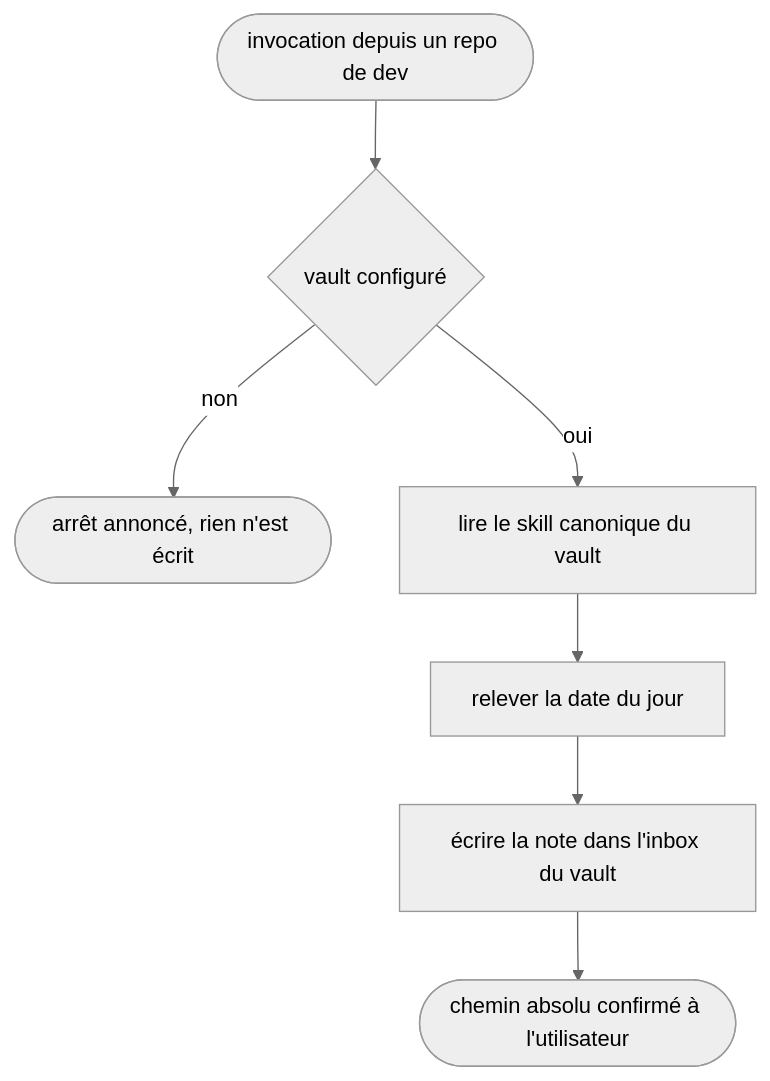
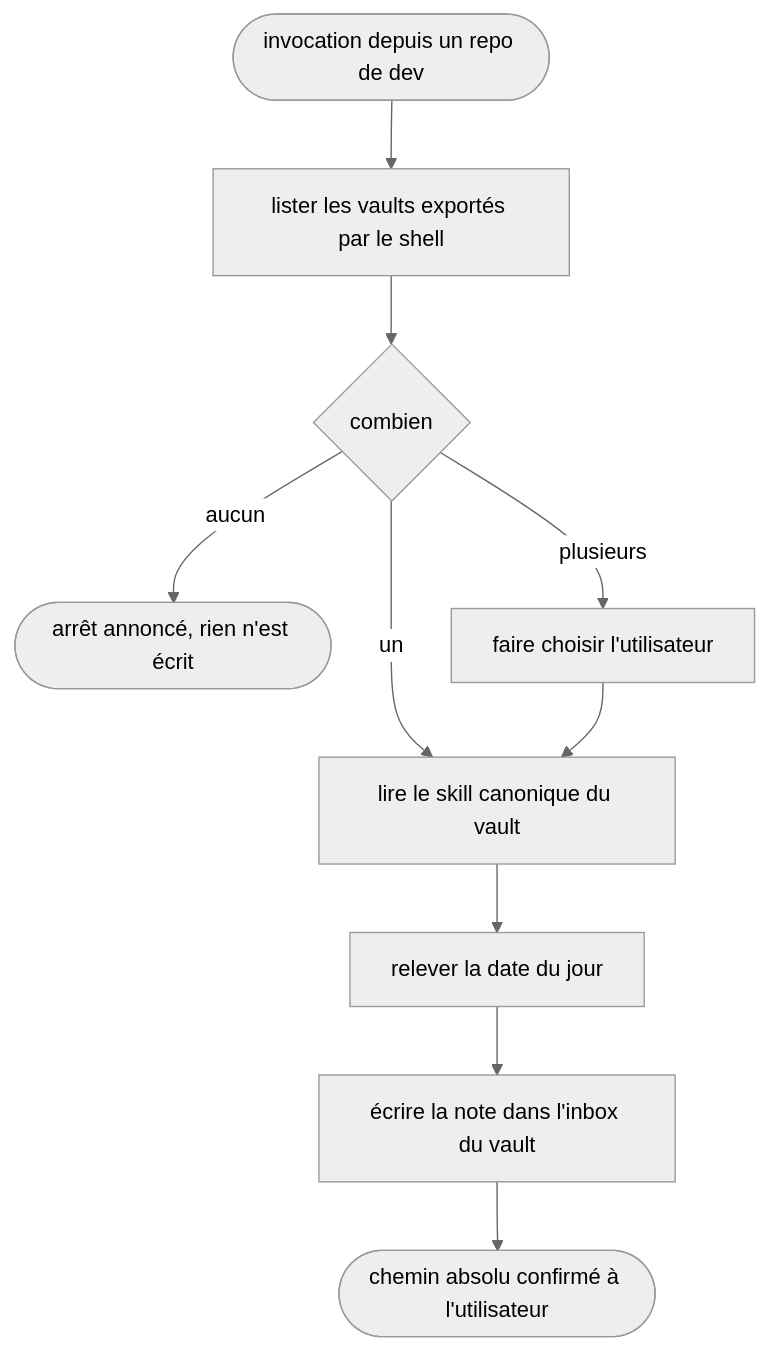
Before and after one commit to kevpdev/agent-config: the diagram in skills/vault-capture/SKILL.md, drawn with Mermaid (neutral theme). The commit also changed other lines of this file and 9 other files, not shown here.

````diff
--- a/skills/vault-capture/SKILL.md
+++ b/skills/vault-capture/SKILL.md
@@ -17,9 +17,12 @@
 ```mermaid
 flowchart TD
-  entree([invocation depuis un repo de dev]) --> garde{vault configuré}
-  garde -->|non| arret([arrêt annoncé, rien n'est écrit])
-  garde -->|oui| canonique[lire le skill canonique du vault]
+  entree([invocation depuis un repo de dev]) --> liste[lister les vaults exportés par le shell]
+  liste --> n{combien}
+  n -->|aucun| arret([arrêt annoncé, rien n'est écrit])
+  n -->|un| canonique[lire le skill canonique du vault]
+  n -->|plusieurs| choix[faire choisir l'utilisateur]
+  choix --> canonique
   canonique --> date[relever la date du jour]
   date --> ecriture[écrire la note dans l'inbox du vault]
   ecriture --> confirme([chemin absolu confirmé à l'utilisateur])
 ```
````
